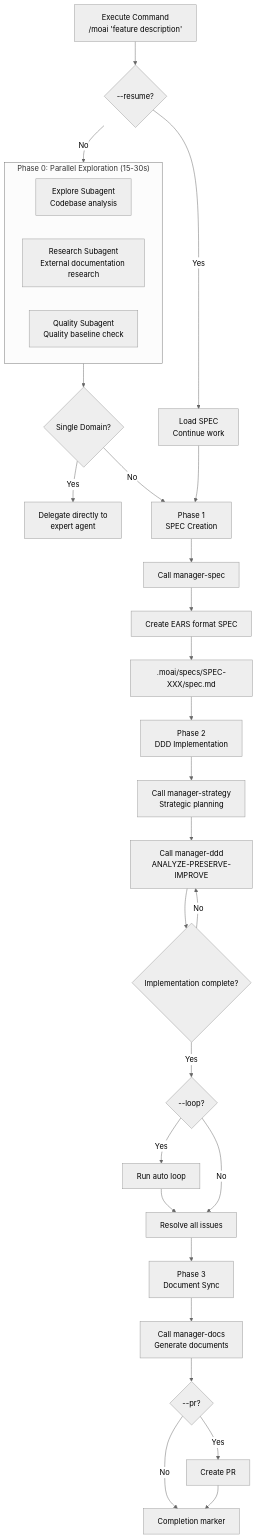
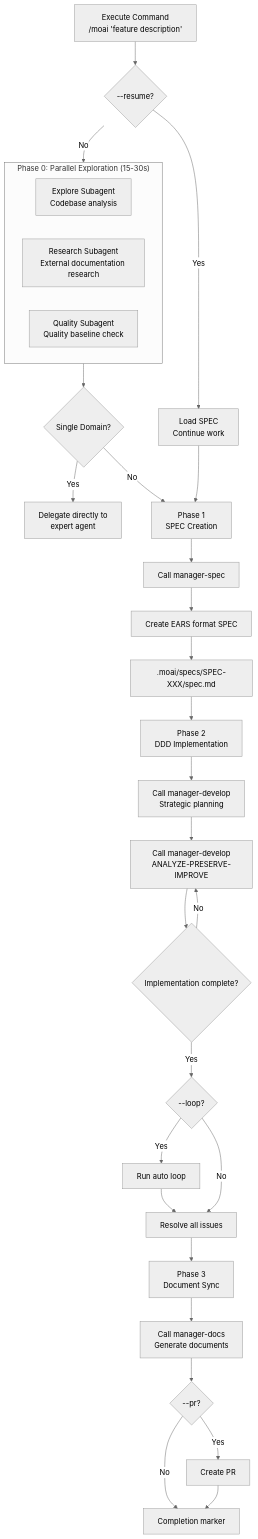
Before and after one commit to modu-ai/moai-adk: the diagram in docs-site/content/en/utility-commands/moai.md, drawn with Mermaid (neutral theme). The commit also changed other lines of this file and 153 other files, not shown here.

````diff
--- a/docs-site/content/en/utility-commands/moai.md
+++ b/docs-site/content/en/utility-commands/moai.md
@@ -154,41 +154,41 @@
 ```mermaid
 flowchart TD
     A["Execute Command<br/>/moai 'feature description'"] --> B{--resume?}
     B -->|Yes| C["Load SPEC<br/>Continue work"]
     B -->|No| D["Phase 0<br/>Parallel Exploration"]
 
     subgraph D["Phase 0: Parallel Exploration (15-30s)"]
         D1["Explore Subagent<br/>Codebase analysis"]
         D2["Research Subagent<br/>External documentation research"]
         D3["Quality Subagent<br/>Quality baseline check"]
     end
 
     D --> E{"Single Domain?"}
     E -->|Yes| F["Delegate directly to<br/>expert agent"]
     E -->|No| G["Continue Phase 1"]
 
     C --> G["Phase 1<br/>SPEC Creation"]
     G --> H["Call manager-spec"]
     H --> I["Create EARS format SPEC"]
     I --> J[".moai/specs/SPEC-XXX/spec.md"]
 
     J --> K["Phase 2<br/>DDD Implementation"]
 
-    K --> L["Call manager-strategy<br/>Strategic planning"]
-    L --> M["Call manager-ddd<br/>ANALYZE-PRESERVE-IMPROVE"]
+    K --> L["Call manager-develop<br/>Strategic planning"]
+    L --> M["Call manager-develop<br/>ANALYZE-PRESERVE-IMPROVE"]
     M --> N{"Implementation complete?"}
     N -->|No| M
     N -->|Yes| O{"--loop?"}
 
     O -->|Yes| P["Run auto loop"]
     P --> Q["Resolve all issues"]
     O -->|No| Q
 
     Q --> R["Phase 3<br/>Document Sync"]
 
     R --> S["Call manager-docs<br/>Generate documents"]
     S --> T{"--pr?"}
     T -->|Yes| U["Create PR"]
     T -->|No| V["Completion marker"]
     U --> V
 ```
````
